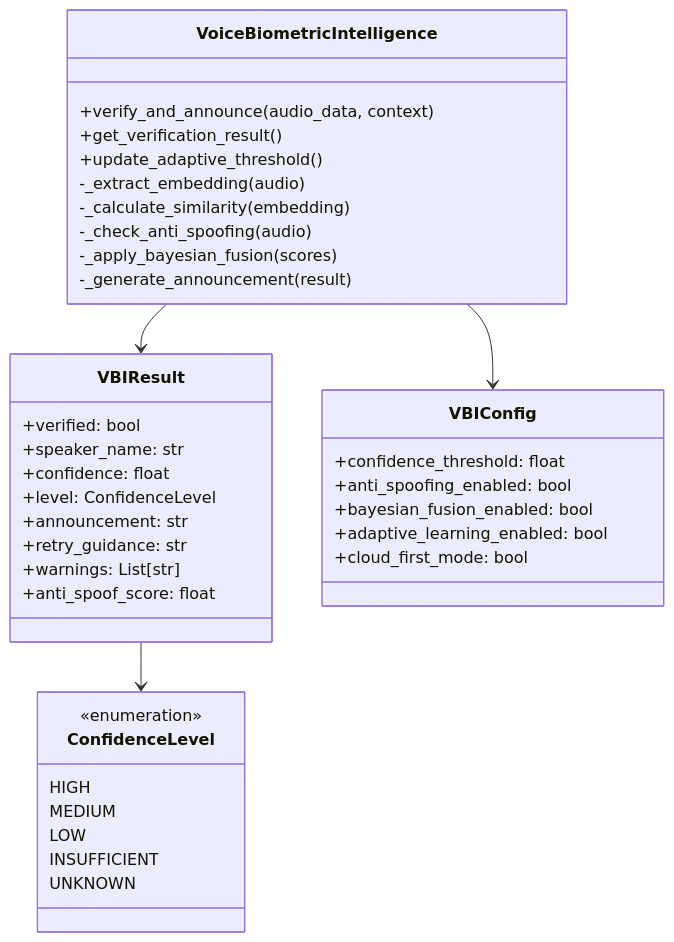
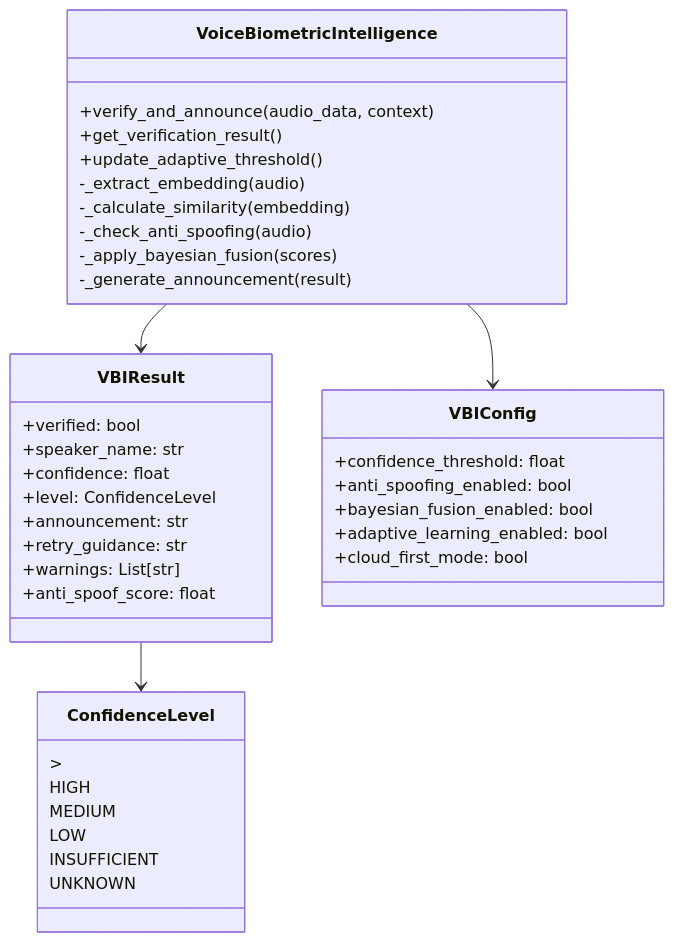
The third of 13 diagrams in VOICE_BIOMETRIC_INTELLIGENCE_ARCHITECTURE.md (nandkishorrathodk-art/Ironcliw-ai), drawn with Mermaid before and after one commit. The commit also changed other lines of this file, not shown here.

````diff
--- a/VOICE_BIOMETRIC_INTELLIGENCE_ARCHITECTURE.md
+++ b/VOICE_BIOMETRIC_INTELLIGENCE_ARCHITECTURE.md
@@ -209,45 +203,45 @@
 ```mermaid
 classDiagram
     class VoiceBiometricIntelligence {
         +verify_and_announce(audio_data, context)
         +get_verification_result()
         +update_adaptive_threshold()
         -_extract_embedding(audio)
         -_calculate_similarity(embedding)
         -_check_anti_spoofing(audio)
         -_apply_bayesian_fusion(scores)
         -_generate_announcement(result)
     }
     
     class VBIResult {
         +verified: bool
         +speaker_name: str
         +confidence: float
         +level: ConfidenceLevel
         +announcement: str
         +retry_guidance: str
         +warnings: List[str]
         +anti_spoof_score: float
     }
     
     class ConfidenceLevel {
-        <<enumeration>>
+        >
         HIGH
         MEDIUM
         LOW
         INSUFFICIENT
         UNKNOWN
     }
     
     class VBIConfig {
         +confidence_threshold: float
         +anti_spoofing_enabled: bool
         +bayesian_fusion_enabled: bool
         +adaptive_learning_enabled: bool
         +cloud_first_mode: bool
     }
     
     VoiceBiometricIntelligence --> VBIResult
     VoiceBiometricIntelligence --> VBIConfig
     VBIResult --> ConfidenceLevel
 ```
````
